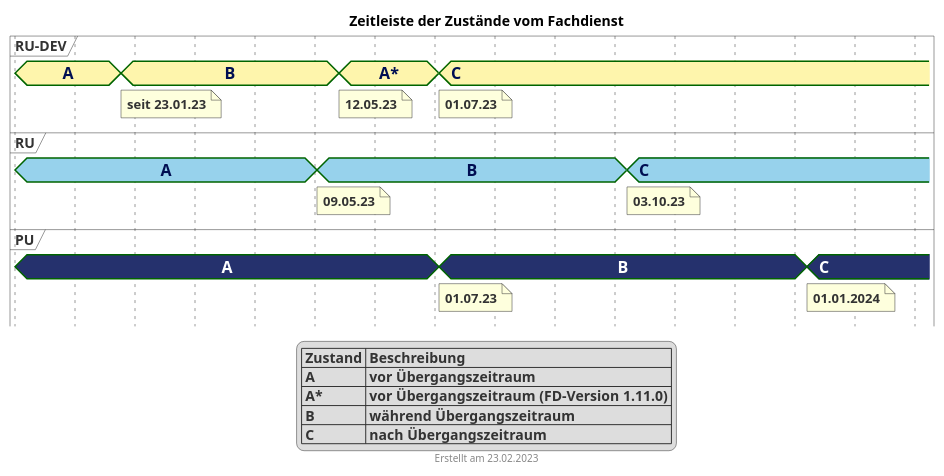
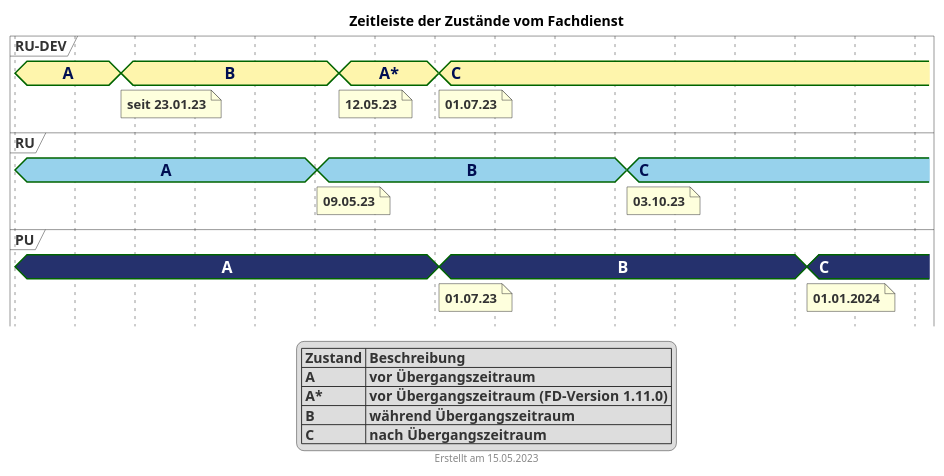
One commit to gematik/api-erp changed the diagram in puml/fd_zustaende_timeline.puml. Above: the diagram before and after it, drawn with PlantUML. The commit also changed 1 other file, not shown here.

```diff
--- a/puml/fd_zustaende_timeline.puml
+++ b/puml/fd_zustaende_timeline.puml
@@ -1,83 +1,83 @@
 @startuml fhir_version_timeline
 <style>
 root {
     Margin 0 0 0 30
 }
 
 timingDiagram {
   .rudevcolor {
     FontColor #000e52
     Fontsize 16
     FontStyle bold
     Backgroundcolor #FEF5AC
   }
   .rucolor {
     FontColor #000e52
     Fontsize 16
     FontStyle bold
     Backgroundcolor #97D2EC
   }
   .pucolor {
     FontColor #ffffff
     Fontsize 16
     FontStyle bold
     BackgroundColor #25316D
   }
 }
 </style>
 title Zeitleiste der Zustände vom Fachdienst
-footer Erstellt am 23.02.2023
+footer Erstellt am 15.05.2023
 
 concise "RU-DEV" as RUDEV <<rudevcolor>>
 concise "RU" as RU <<rucolor>>
 concise "PU" as PU <<pucolor>>
 
 
 '30 days is scaled to 50 pixels
 scale 2592000 as 60 pixels
 hide time-axis
 'manual time-axis
 'use date format "dd.MM.yyyy"
 
 @2022/12/01
 RUDEV is "A"
 RU is "A"
 PU is "A"
 
 @2023/01/23
 RUDEV is "B"
 note bottom of RUDEV : seit 23.01.23
 
 @2023/05/01
 RU is "B"
 note bottom of RU : 09.05.23
 
 @2023/05/12
 RUDEV is "A*"
 note bottom of RUDEV : 12.05.23
 
 @2023/07/01
 PU is "B"
 note bottom of PU : 01.07.23
 RUDEV is "C"
 note bottom of RUDEV : 01.07.23
 
 @2023/10/03
 RU is "C"
 note bottom of RU : 03.10.23
 
 
 @2024/01/01
 PU is "C"
 note bottom of PU : 01.01.2024
 
 @2024/02/01
 
 legend
   | Zustand | Beschreibung |
   | A | vor Übergangszeitraum |
   | A* | vor Übergangszeitraum (FD-Version 1.11.0) |
   | B | während Übergangszeitraum |
   | C | nach Übergangszeitraum |
 endlegend
 @enduml
```
